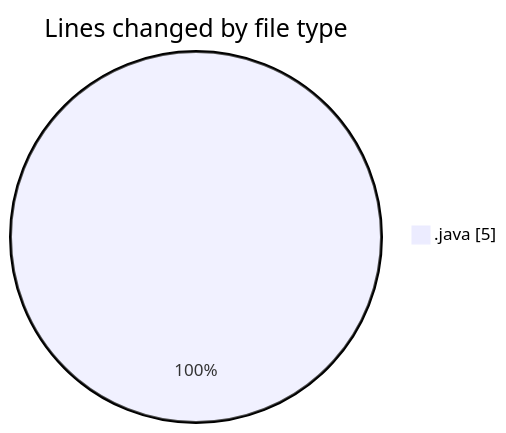
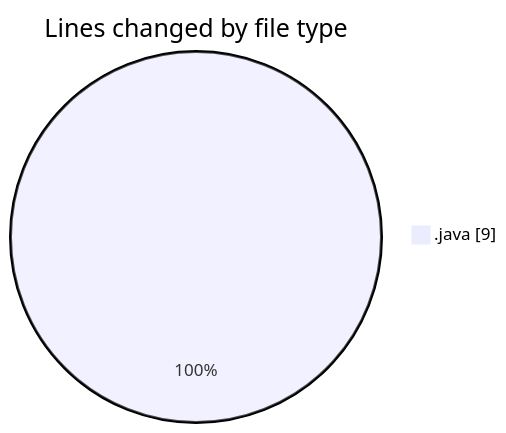
Before and after one commit to NitaiMahat/code-tracking: the first of 2 diagrams in 2025-02-03/java/README.md, drawn with Mermaid. The commit also changed other lines of this file and 1 other file, not shown here.

````diff
--- a/2025-02-03/java/README.md
+++ b/2025-02-03/java/README.md
@@ -20,5 +20,5 @@
 ```mermaid
 pie showData
 title Lines changed by file type
-".java" : 5
+".java" : 9
 ```
````
